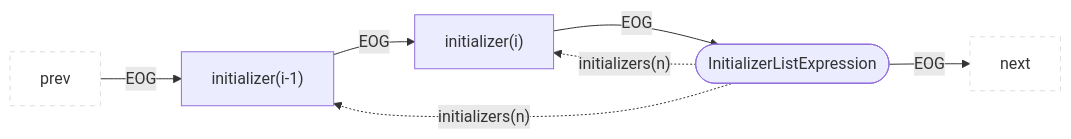
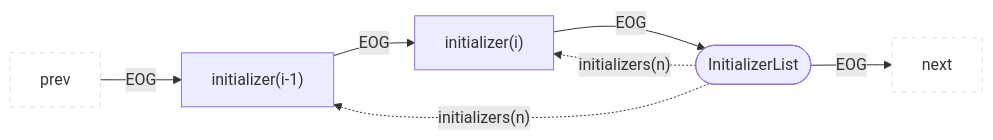
One commit to Fraunhofer-AISEC/cpg changed diagram 29 of 49 in docs/docs/CPG/specs/eog.md. Above: the diagram before and after it, drawn with Mermaid. The commit also changed other lines of this file and 222 other files, not shown here.

````diff
--- a/docs/docs/CPG/specs/eog.md
+++ b/docs/docs/CPG/specs/eog.md
@@ -553,10 +553,10 @@
 ```mermaid
 flowchart LR
   classDef outer fill:#fff,stroke:#ddd,stroke-dasharray:5 5;
   prev:::outer --EOG--> child1["initializer(i-1)"]
   child1 --EOG--> child2["initializer(i)"]
   child2 --EOG--> parent
-  parent(["InitializerListExpression"]) --EOG--> next:::outer
+  parent(["InitializerList"]) --EOG--> next:::outer
   parent -."initializers(n)".-> child1
   parent -."initializers(n)".-> child2
 ```
````
